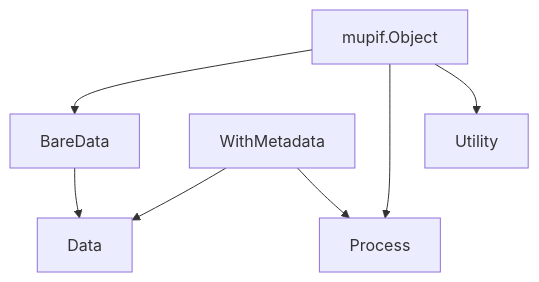
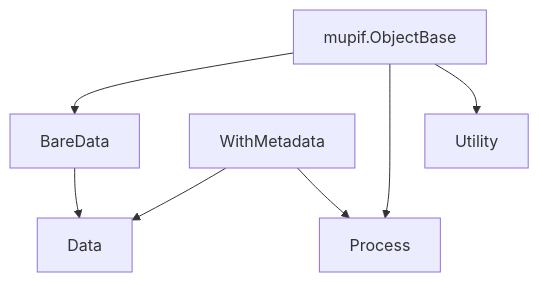
The diagram in doc/source/ref.rst (mupif/mupif), drawn with Mermaid before and after one commit.

Commit message:
Document inherited member (they are way too many now... TODO)

```diff
--- a/doc/source/ref.rst
+++ b/doc/source/ref.rst
@@ -6,9 +6,9 @@
 .. mermaid::
    
    graph TD;
-      mupif.Object-->BareData
+      mupif.ObjectBase-->BareData
       WithMetadata-->Data
       BareData-->Data
-      mupif.Object-->Process
-      mupif.Object-->Utility
+      mupif.ObjectBase-->Process
+      mupif.ObjectBase-->Utility
       WithMetadata-->Process
```
